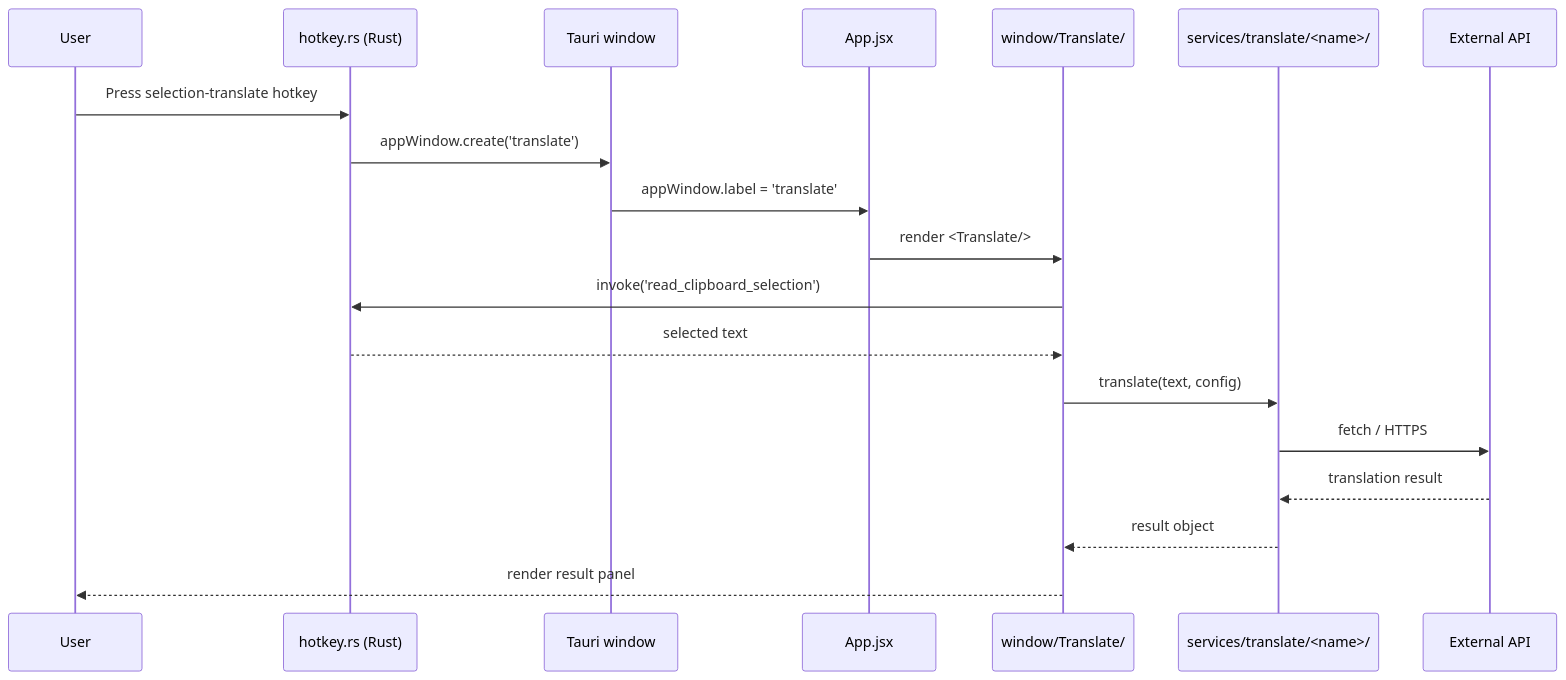
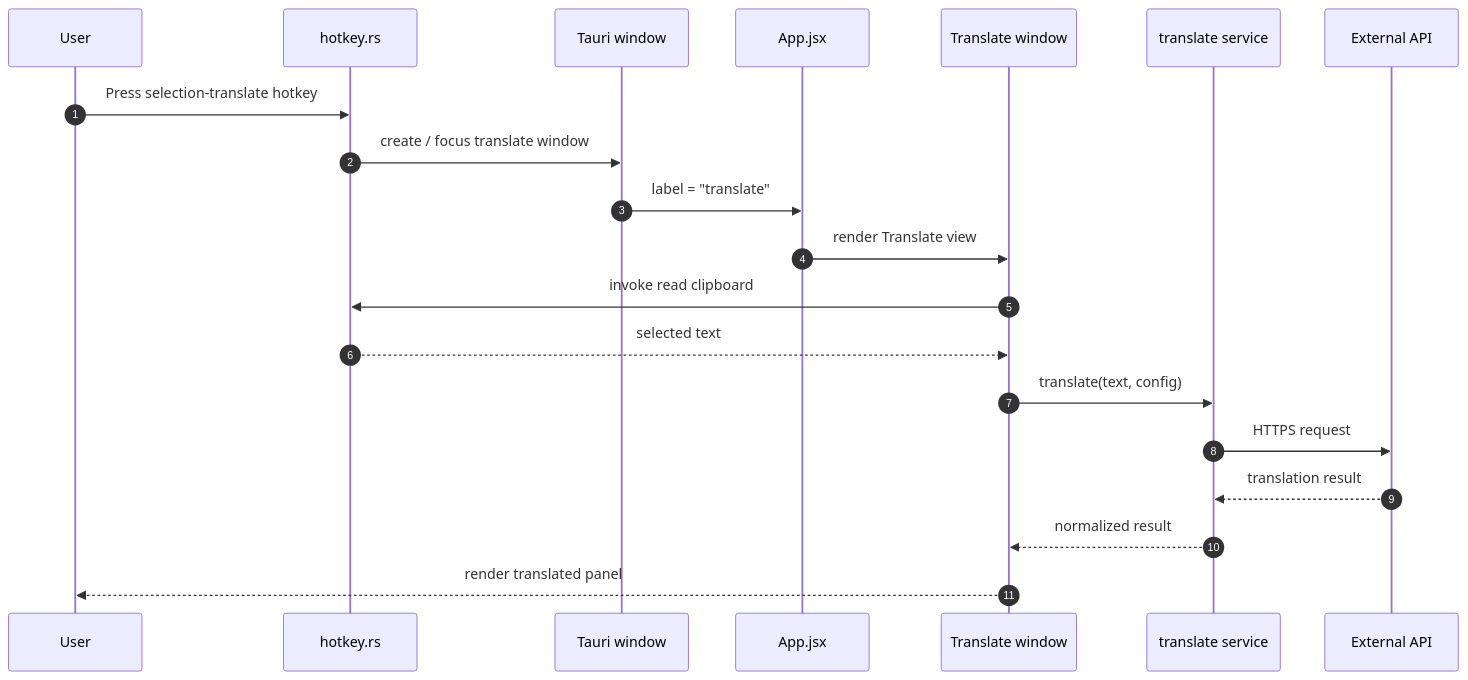
One commit to effiy/YrY changed the diagram in YiPot/docs/arch/scene-2-data-flow-tracing/index.md. Above: the diagram before and after it, drawn with Mermaid. The commit also changed other lines of this file and 32 other files, not shown here.

First line of the commit message:
docs: standardize mermaid diagrams and add summaries

````diff
--- a/YiPot/docs/arch/scene-2-data-flow-tracing/index.md
+++ b/YiPot/docs/arch/scene-2-data-flow-tracing/index.md
@@ -12,21 +3,22 @@
 ```mermaid
 sequenceDiagram
+    autonumber
     participant U as User
-    participant HK as hotkey.rs (Rust)
+    participant HK as hotkey.rs
     participant W as Tauri window
     participant App as App.jsx
-    participant TWin as window/Translate/
-    participant Svc as services/translate/<name>/
+    participant T as Translate window
+    participant S as translate service
     participant API as External API
     U->>HK: Press selection-translate hotkey
-    HK->>W: appWindow.create('translate')
-    W->>App: appWindow.label = 'translate'
-    App->>TWin: render <Translate/>
-    TWin->>HK: invoke('read_clipboard_selection')
-    HK-->>TWin: selected text
-    TWin->>Svc: translate(text, config)
-    Svc->>API: fetch / HTTPS
-    API-->>Svc: translation result
-    Svc-->>TWin: result object
-    TWin-->>U: render result panel
+    HK->>W: create / focus translate window
+    W->>App: label = "translate"
+    App->>T: render Translate view
+    T->>HK: invoke read clipboard
+    HK-->>T: selected text
+    T->>S: translate(text, config)
+    S->>API: HTTPS request
+    API-->>S: translation result
+    S-->>T: normalized result
+    T-->>U: render translated panel
 ```
````
